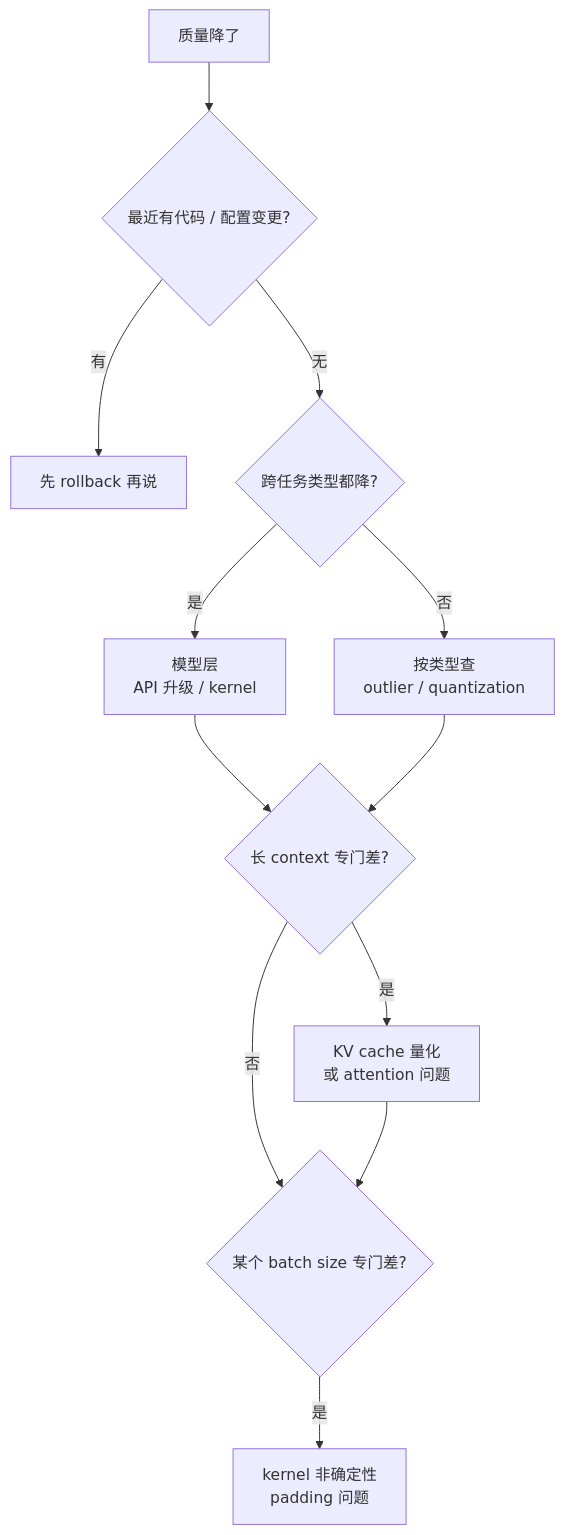
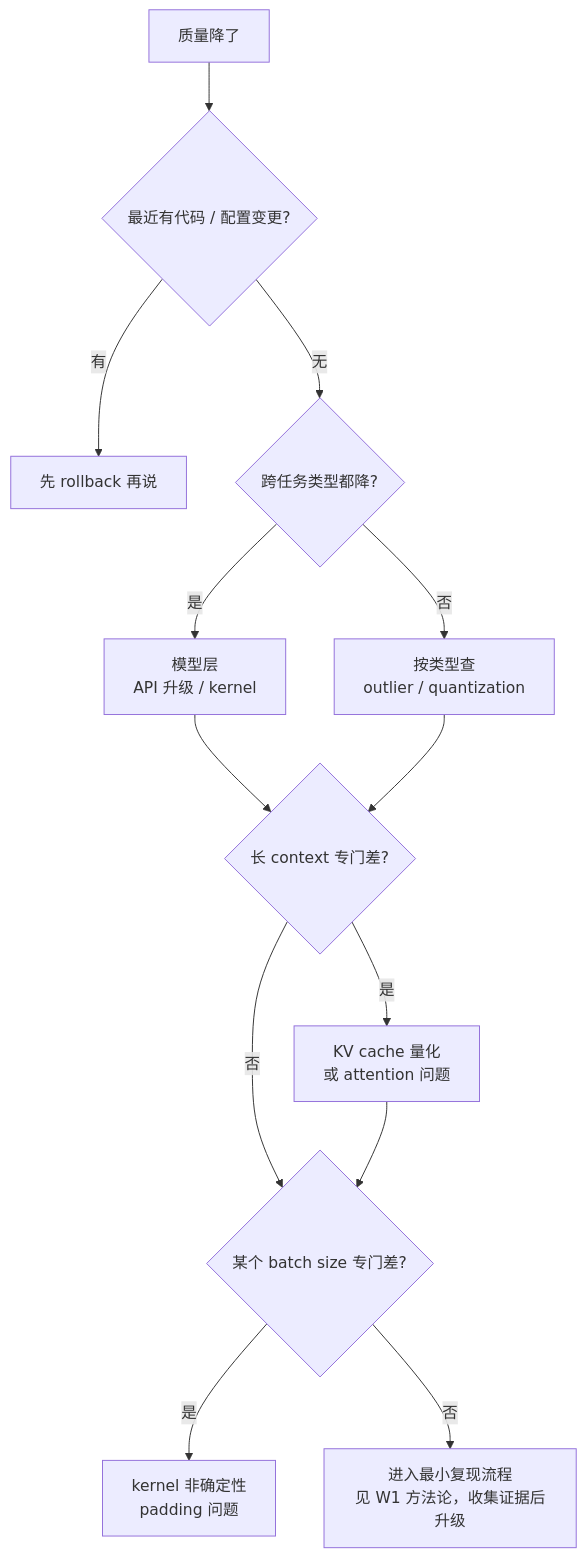
Before and after one commit to oh-my-vibe-coding/ai-reliability-architecture: the diagram in 练习/Unit5-数值与编译器级调试/Week2-Runbook产出.md, drawn with Mermaid. The commit also changed other lines of this file and 93 other files, not shown here.

````diff
--- a/练习/Unit5-数值与编译器级调试/Week2-Runbook产出.md
+++ b/练习/Unit5-数值与编译器级调试/Week2-Runbook产出.md
@@ -50,14 +50,15 @@
 ```mermaid
 flowchart TD
     A[质量降了] --> B{最近有代码 / 配置变更?}
     B -->|有| R[先 rollback 再说]
     B -->|无| C{跨任务类型都降?}
     C -->|是| X1[模型层<br/>API 升级 / kernel]
     C -->|否| X2[按类型查<br/>outlier / quantization]
     X1 --> D{长 context 专门差?}
     X2 --> D
     D -->|是| X3[KV cache 量化<br/>或 attention 问题]
     D -->|否| E{某个 batch size 专门差?}
     X3 --> E
     E -->|是| X4[kernel 非确定性<br/>padding 问题]
+    E -->|否| X5[进入最小复现流程<br/>见 W1 方法论，收集证据后升级]
 ```
````
